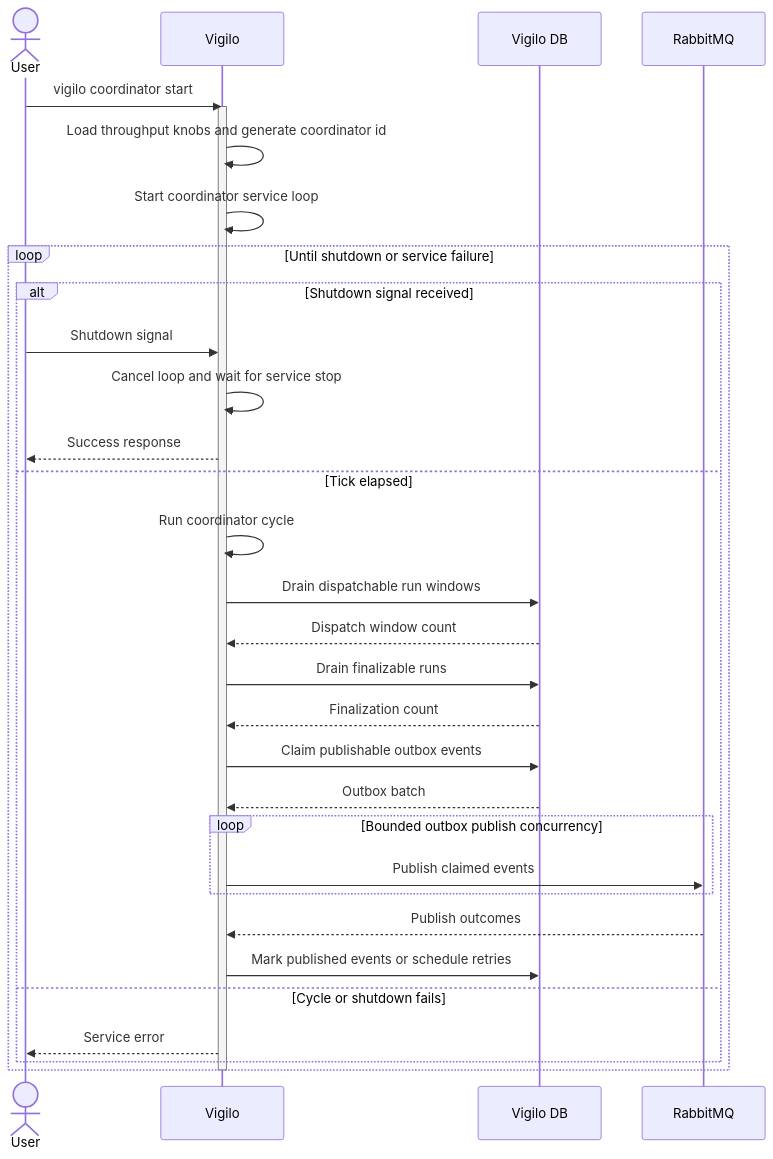
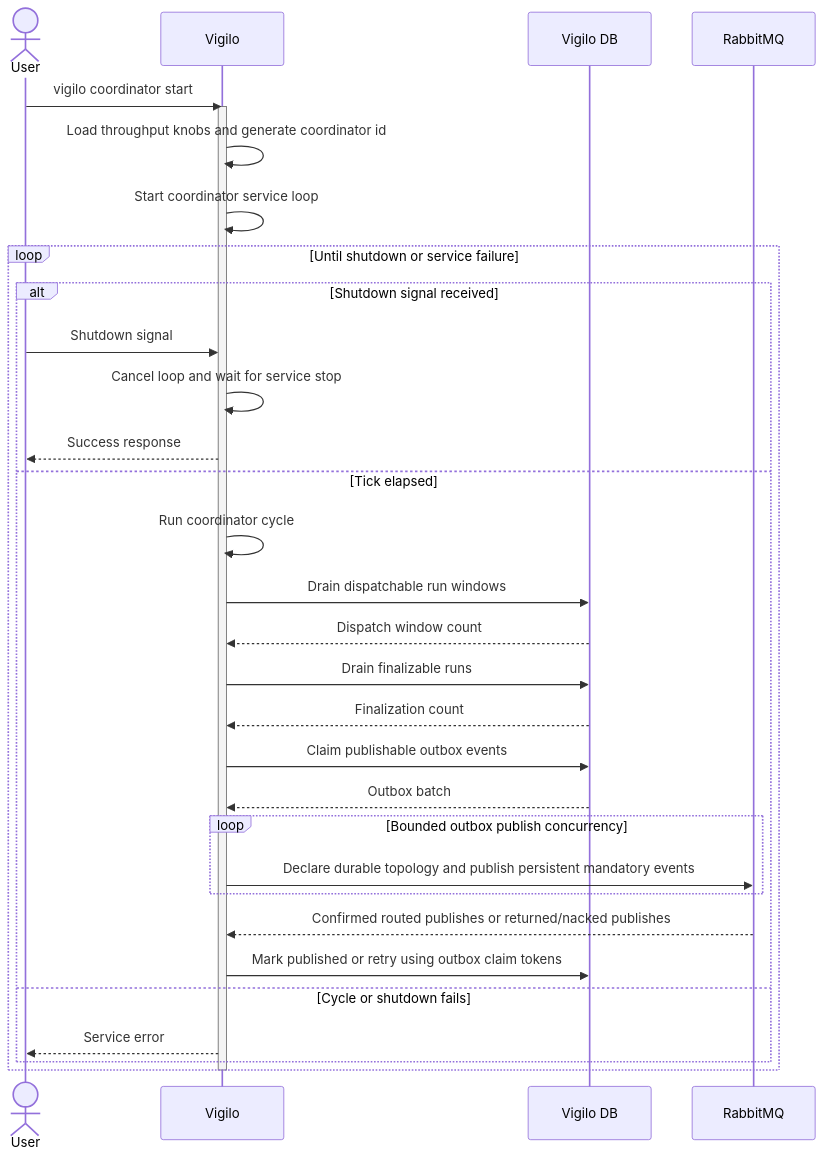
Before and after one commit to gregl83/agent-vigilo: the diagram in web/docs/architecture/flows/coordinator/start/execution-flow.mmd, drawn with Mermaid. The commit also changed 17 other files, not shown here.

```diff
--- a/web/docs/architecture/flows/coordinator/start/execution-flow.mmd
+++ b/web/docs/architecture/flows/coordinator/start/execution-flow.mmd
@@ -1,42 +1,42 @@
 ---
 config:
   flowchart:
     nodeSpacing: 150
     rankSpacing: 80
   themeVariables:
     edgeLabelBackground: 'transparent'
 ---
 sequenceDiagram
     actor User
     participant Vigilo
     participant DB as Vigilo DB
     participant Queue as RabbitMQ
 
     User->>Vigilo: vigilo coordinator start
     activate Vigilo
     Vigilo->>Vigilo: Load throughput knobs and generate coordinator id
     Vigilo->>Vigilo: Start coordinator service loop
 
     loop Until shutdown or service failure
         alt Shutdown signal received
             User->>Vigilo: Shutdown signal
             Vigilo->>Vigilo: Cancel loop and wait for service stop
             Vigilo-->>User: Success response
         else Tick elapsed
             Vigilo->>Vigilo: Run coordinator cycle
             Vigilo->>DB: Drain dispatchable run windows
             DB-->>Vigilo: Dispatch window count
             Vigilo->>DB: Drain finalizable runs
             DB-->>Vigilo: Finalization count
             Vigilo->>DB: Claim publishable outbox events
             DB-->>Vigilo: Outbox batch
             loop Bounded outbox publish concurrency
-                Vigilo->>Queue: Publish claimed events
+                Vigilo->>Queue: Declare durable topology and publish persistent mandatory events
             end
-            Queue-->>Vigilo: Publish outcomes
-            Vigilo->>DB: Mark published events or schedule retries
+            Queue-->>Vigilo: Confirmed routed publishes or returned/nacked publishes
+            Vigilo->>DB: Mark published or retry using outbox claim tokens
         else Cycle or shutdown fails
             Vigilo-->>User: Service error
         end
     end
     deactivate Vigilo
```
